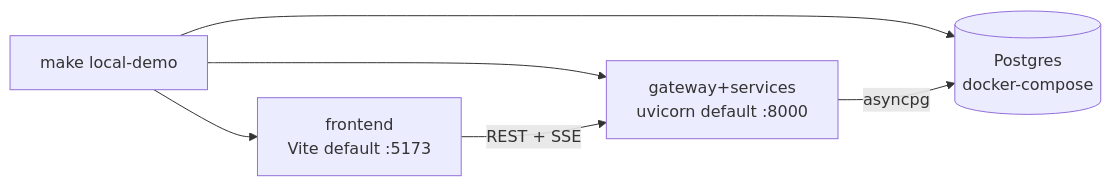
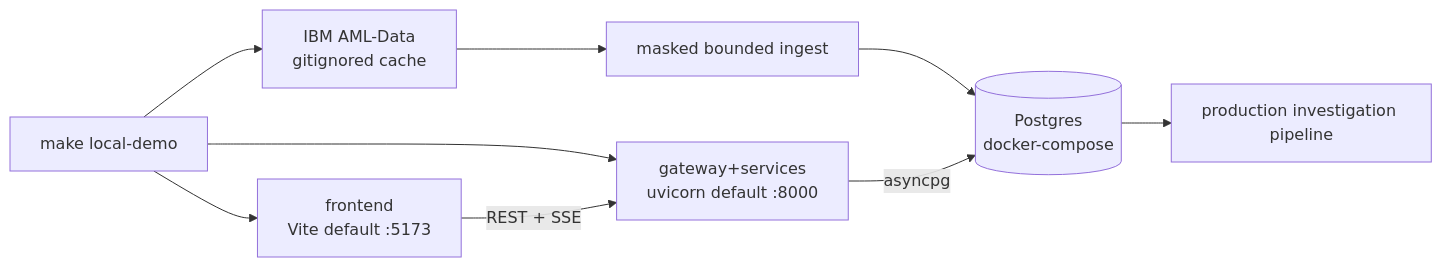
Before and after one commit to Kartik-Hirijaganer/FraudLens: the diagram in docs/runbooks/local-dev.md, drawn with Mermaid. The commit also changed other lines of this file and 2 other files, not shown here.

Commit message:
feat: update local development documentation; clarify prerequisites and command behaviors

````diff
--- a/docs/runbooks/local-dev.md
+++ b/docs/runbooks/local-dev.md
@@ -57,8 +62,11 @@
 ```mermaid
 flowchart LR
-    dev["make local-demo"] --> pg[("Postgres<br/>docker-compose")]
+    dev["make local-demo"] --> ibm["IBM AML-Data<br/>gitignored cache"]
+    ibm --> ingest["masked bounded ingest"]
+    ingest --> pg[("Postgres<br/>docker-compose")]
+    pg --> score["production investigation pipeline"]
     dev --> be["gateway+services<br/>uvicorn default :8000"]
     dev --> fe["frontend<br/>Vite default :5173"]
     be -->|asyncpg| pg
     fe -->|REST + SSE| be
 ```
````
